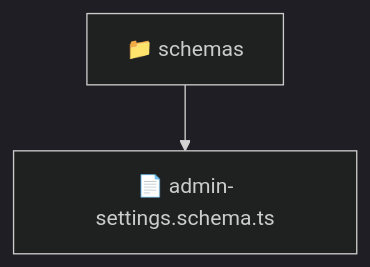
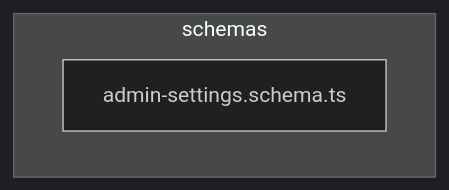
One commit to beginwebdev2002/fullstack-mavluda changed the diagram in backend/src/modules/admin-settings/infrastructure/schemas/README.md. Above: the diagram before and after it, drawn with Mermaid (dark theme). The commit also changed other lines of this file and 163 other files, not shown here.

````diff
--- a/backend/src/modules/admin-settings/infrastructure/schemas/README.md
+++ b/backend/src/modules/admin-settings/infrastructure/schemas/README.md
@@ -9,5 +15,6 @@
 ```mermaid
 graph TD
-  Root["📁 schemas"]
-  Root --> admin_settings_schema_ts["📄 admin-settings.schema.ts"]
+  subgraph schemas
+    admin_settings_schema_ts["admin-settings.schema.ts"]
+  end
 ```
````
